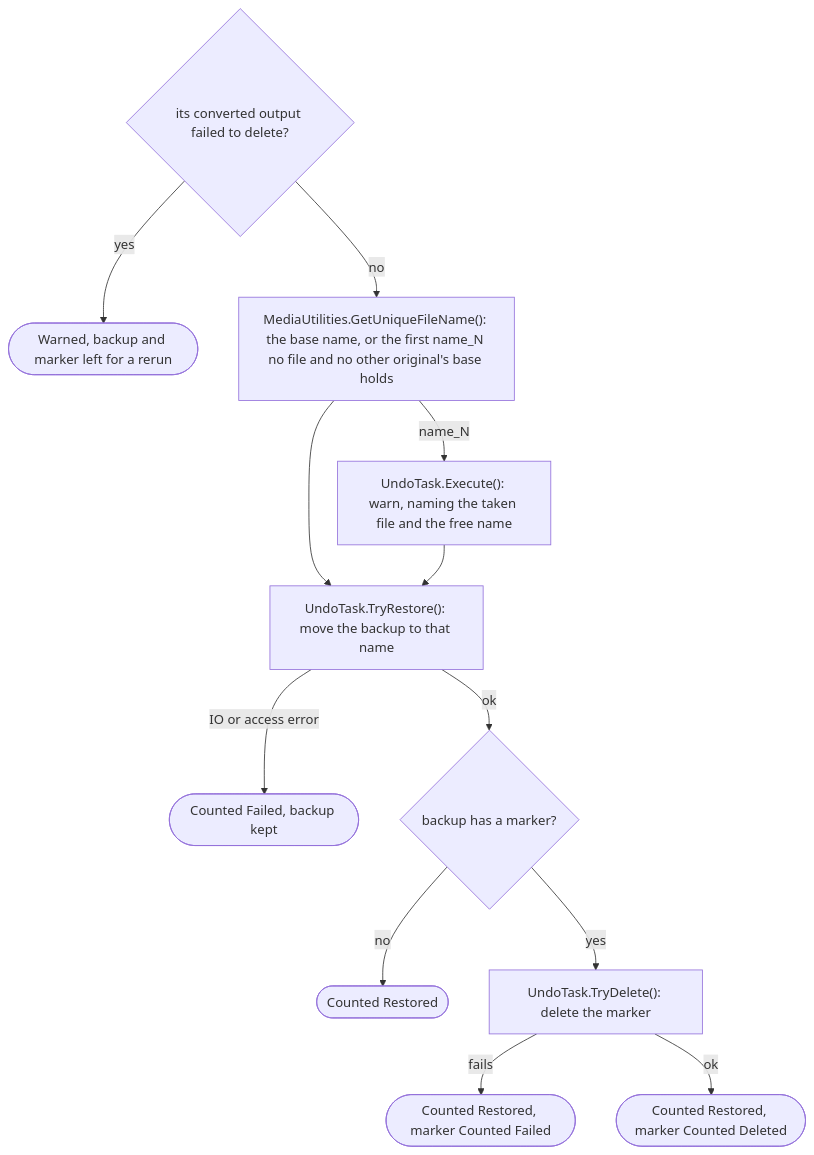
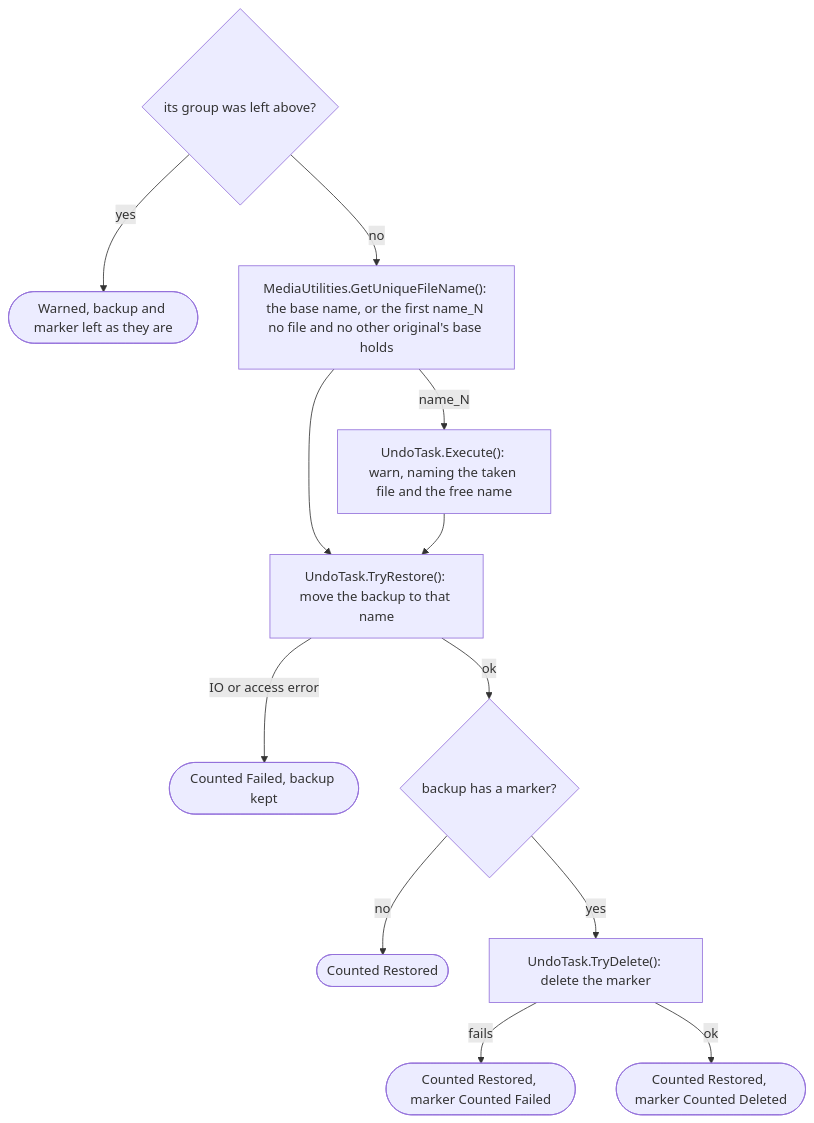
One commit to ptr727/PhotoCleaner changed diagram 21 of 23 in ARCHITECTURE.md. Above: the diagram before and after it, drawn with Mermaid. The commit also changed other lines of this file and 3 other files, not shown here.

First line of the commit message:
Leave an Ambiguous Output Group as It Is, and Count It Failed

````diff
--- a/ARCHITECTURE.md
+++ b/ARCHITECTURE.md
@@ -1019,15 +1019,15 @@
 ```mermaid
 flowchart TD
-  R1{"its converted output failed to delete?"}
-  R1 -->|"yes"| R2(["Warned, backup and marker left for a rerun"])
+  R1{"its group was left above?"}
+  R1 -->|"yes"| R2(["Warned, backup and marker left as they are"])
   R1 -->|"no"| R3["MediaUtilities.GetUniqueFileName(): the base name, or the first name_N no file and no other original's base holds"]
   R3 -->|"name_N"| R4["UndoTask.Execute(): warn, naming the taken file and the free name"]
   R3 --> R5
   R4 --> R5["UndoTask.TryRestore(): move the backup to that name"]
   R5 -->|"IO or access error"| R6(["Counted Failed, backup kept"])
   R5 -->|"ok"| R7{"backup has a marker?"}
   R7 -->|"no"| R8(["Counted Restored"])
   R7 -->|"yes"| R9["UndoTask.TryDelete(): delete the marker"]
   R9 -->|"fails"| R10(["Counted Restored, marker Counted Failed"])
   R9 -->|"ok"| R11(["Counted Restored, marker Counted Deleted"])
 ```
````
